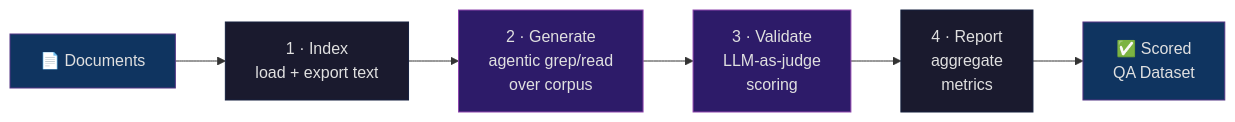
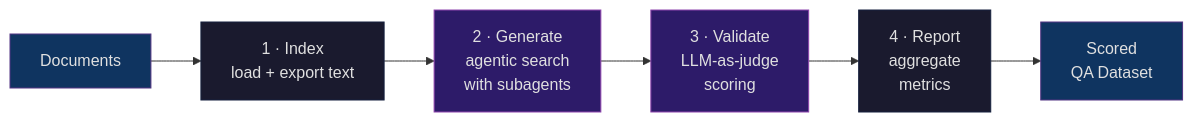
Before and after one commit to magic-data-ops/chunker: the ninth of 9 diagrams in architecture.md, drawn with Mermaid. The commit also changed other lines of this file, not shown here.

````diff
--- a/architecture.md
+++ b/architecture.md
@@ -271,22 +325,22 @@
 ```mermaid
 flowchart LR
-    DOCS["📄 Documents"]
+    DOCS["Documents"]
     INDEX["1 · Index<br/>load + export text"]
-    GEN["2 · Generate<br/>agentic grep/read<br/>over corpus"]
+    GEN["2 · Generate<br/>agentic search<br/>with subagents"]
     VAL["3 · Validate<br/>LLM-as-judge<br/>scoring"]
     RPT["4 · Report<br/>aggregate<br/>metrics"]
-    OUT["✅ Scored<br/>QA Dataset"]
+    OUT["Scored<br/>QA Dataset"]
 
     DOCS --> INDEX
     INDEX --> GEN
     GEN --> VAL
     VAL --> RPT
     RPT --> OUT
 
     style DOCS fill:#0f3460,stroke:#533483,color:#e0e0e0
     style INDEX fill:#1a1a2e,stroke:#16213e,color:#e0e0e0
     style GEN fill:#2d1b69,stroke:#8e44ad,color:#e0e0e0
     style VAL fill:#2d1b69,stroke:#8e44ad,color:#e0e0e0
     style RPT fill:#1a1a2e,stroke:#16213e,color:#e0e0e0
     style OUT fill:#0f3460,stroke:#533483,color:#e0e0e0
 ```
````
